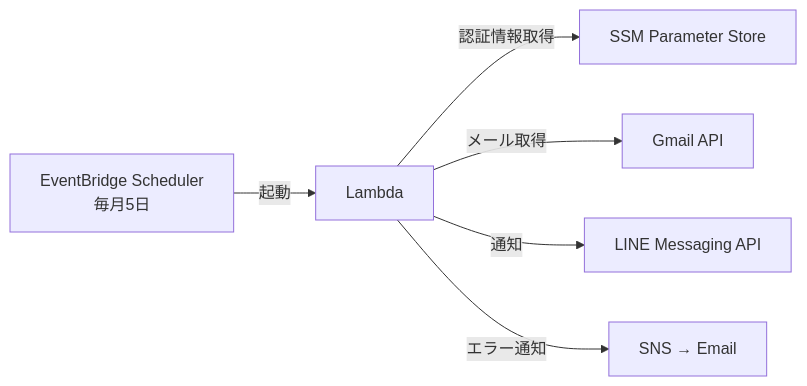
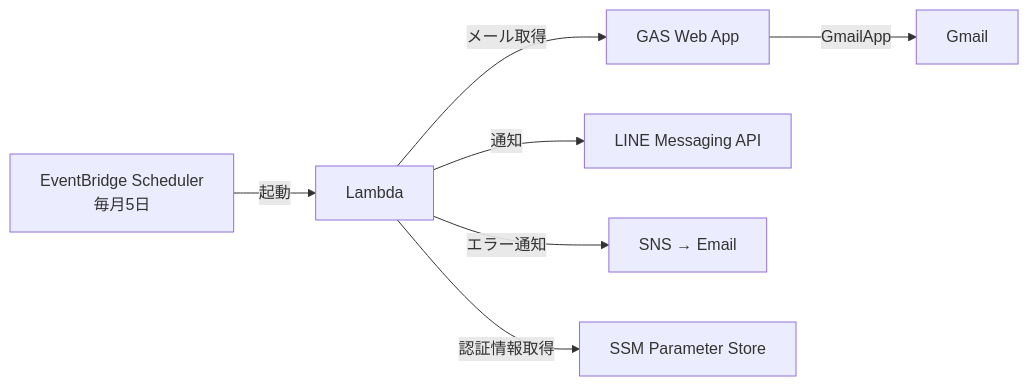
Before and after one commit to ritogk/money-meow: the diagram in README.md, drawn with Mermaid. The commit also changed other lines of this file and 14 other files, not shown here.

First line of the commit message:
feat: GAS Web App方式に移行、OAuth/Google審査を完全撤廃

````diff
--- a/README.md
+++ b/README.md
@@ -13,8 +13,9 @@
 ```mermaid
 graph LR
     A[EventBridge Scheduler<br/>毎月5日] -->|起動| B[Lambda]
-    B -->|認証情報取得| C[SSM Parameter Store]
-    B -->|メール取得| D[Gmail API]
+    B -->|メール取得| C[GAS Web App]
+    C -->|GmailApp| D[Gmail]
     B -->|通知| E[LINE Messaging API]
     B -->|エラー通知| F[SNS → Email]
+    B -->|認証情報取得| G[SSM Parameter Store]
 ```
````
